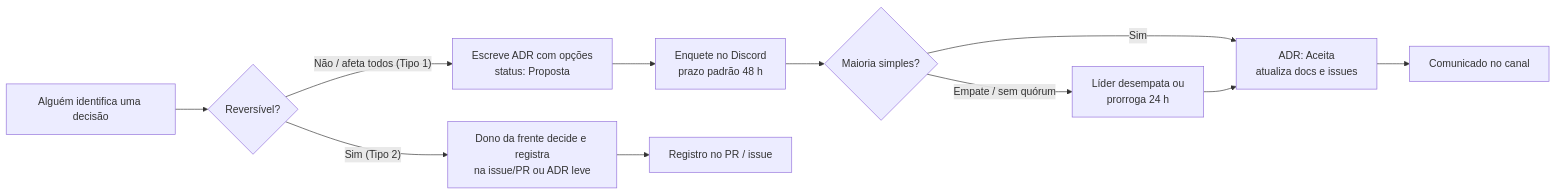
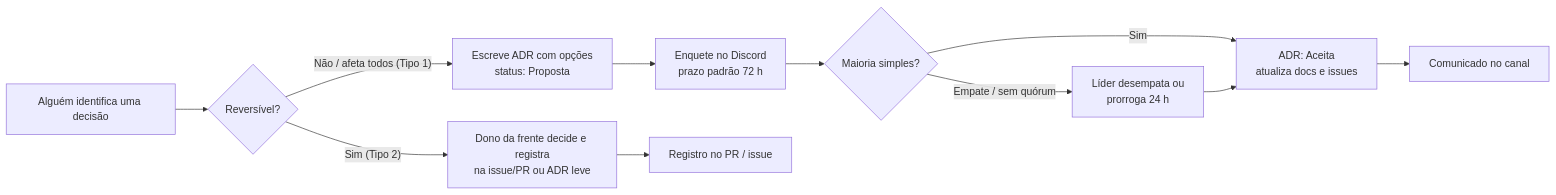
The first of 2 diagrams in docs/00-guia-do-grupo/como-trabalhamos.md (HermandoThiago/FIAP-SOAT), drawn with Mermaid before and after one commit. The commit also changed other lines of this file and 18 other files, not shown here.

First line of the commit message:
docs(guia): prazo padrão de enquete passa a 72 h

````diff
--- a/docs/00-guia-do-grupo/como-trabalhamos.md
+++ b/docs/00-guia-do-grupo/como-trabalhamos.md
@@ -31,13 +31,13 @@
 ```mermaid
 flowchart LR
     A[Alguém identifica uma decisão] --> B{Reversível?}
     B -- "Sim (Tipo 2)" --> C[Dono da frente decide e registra<br/>na issue/PR ou ADR leve]
     B -- "Não / afeta todos (Tipo 1)" --> D[Escreve ADR com opções<br/>status: Proposta]
-    D --> E[Enquete no Discord<br/>prazo padrão 48 h]
+    D --> E[Enquete no Discord<br/>prazo padrão 72 h]
     E --> F{Maioria simples?}
     F -- Sim --> G[ADR: Aceita<br/>atualiza docs e issues]
     F -- "Empate / sem quórum" --> H[Líder desempata ou<br/>prorroga 24 h]
     H --> G
     C --> I[Registro no PR / issue]
     G --> J[Comunicado no canal]
 ```
````
